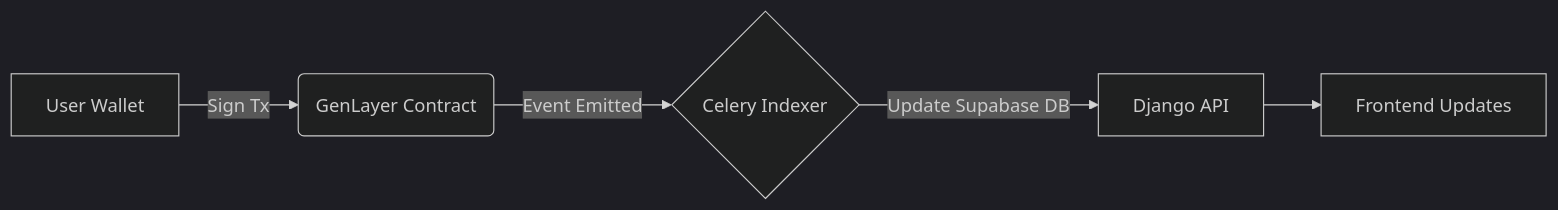
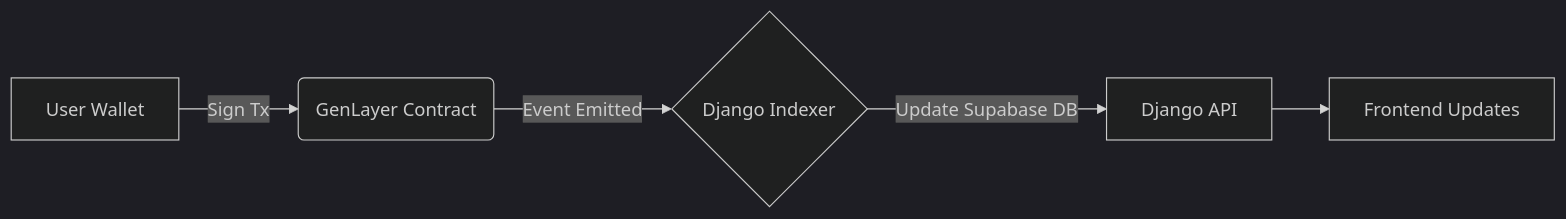
The diagram in README.md (micoliser/agora), drawn with Mermaid (dark theme) before and after one commit. The commit also changed other lines of this file, not shown here.

Commit message:
docs: update README with RainbowKit integration and revised backend indexing architecture

````diff
--- a/README.md
+++ b/README.md
@@ -62,7 +62,7 @@
 ```mermaid
 flowchart LR
     A["User Wallet"] -->|Sign Tx| B("GenLayer Contract")
-    B -->|Event Emitted| C{"Celery Indexer"}
+    B -->|Event Emitted| C{"Django Indexer"}
     C -->|Update Supabase DB| D["Django API"]
     D --> E["Frontend Updates"]
 ```
````
